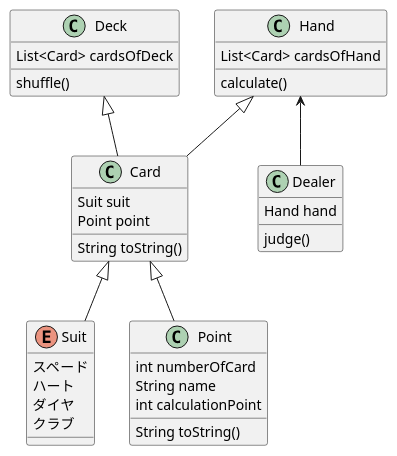
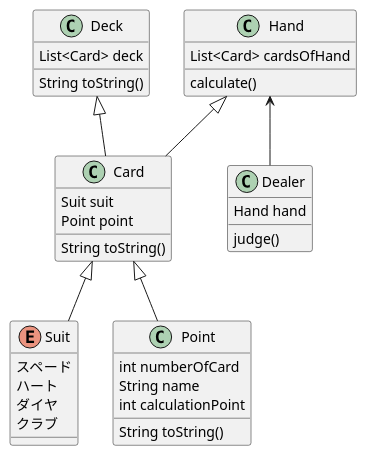
One commit to noname-928/Blackjack changed the diagram in blackjack.puml. Above: the diagram before and after it, drawn with PlantUML. The commit also changed 2 other files, not shown here.

```diff
--- a/blackjack.puml
+++ b/blackjack.puml
@@ -1,46 +1,45 @@
 @startuml
 
 Card <|-- Suit
 Card <|-- Point
 Hand <|--Card
 Deck <|-- Card
 Hand <-- Dealer
 
 
 enum Suit {
 スペード
 ハート
 ダイヤ
 クラブ
 }
 
 class Point {
 int numberOfCard
 String name
 int calculationPoint
 String toString()
 }
 
 class Card {
 Suit suit
 Point point
-
 String toString()
 }
 
 class Hand {
 List<Card> cardsOfHand
 calculate()
 }
 
 class Dealer {
 Hand hand
 judge()
 }
 
 class Deck {
-List<Card> cardsOfDeck
-shuffle()
+List<Card> deck
+String toString()
 }
 
 @enduml
```
